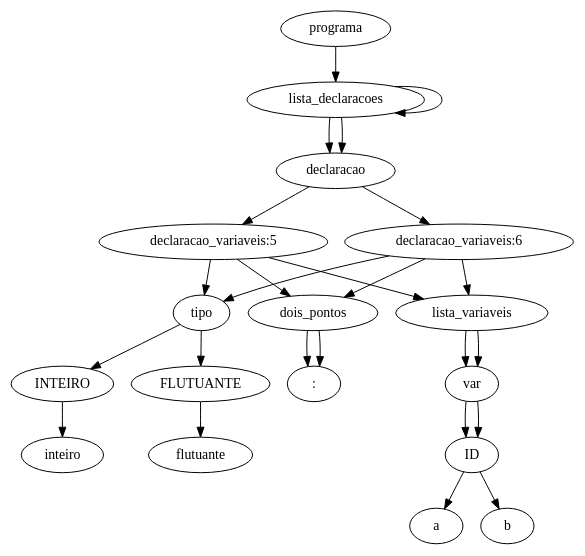
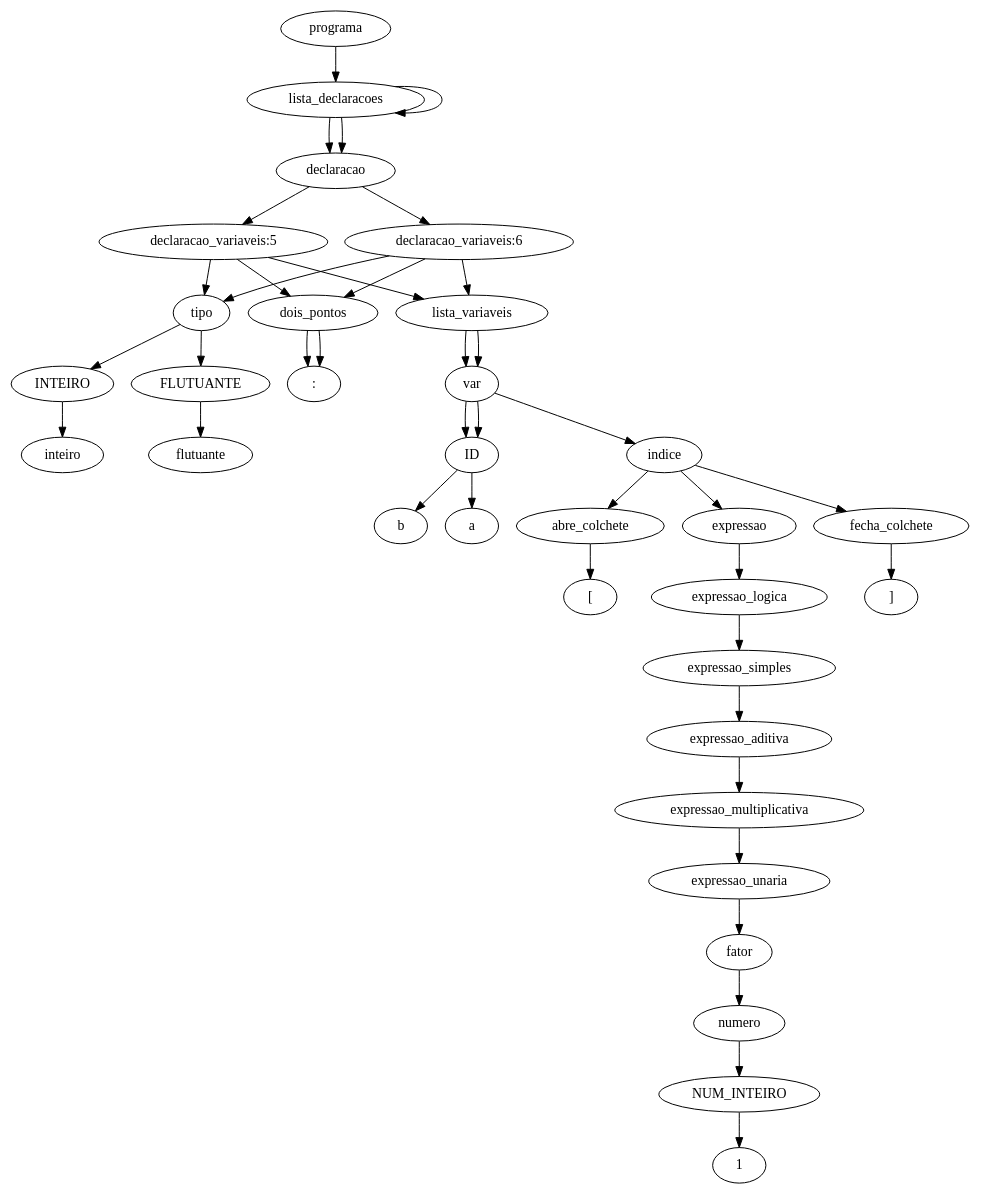
One commit to JuanFSR/Compiladores changed the diagram in 7.AnaliseSemantica/implementacao/semantica-testes/sema-001.tpp.ast.dot. Above: the diagram before and after it, drawn with Graphviz. The commit also changed 14 other files, not shown here.

```diff
--- a/7.AnaliseSemantica/implementacao/semantica-testes/sema-001.tpp.ast.dot
+++ b/7.AnaliseSemantica/implementacao/semantica-testes/sema-001.tpp.ast.dot
@@ -1,51 +1,81 @@
 digraph tree {
     "programa";
     "lista_declaracoes";
     "lista_declaracoes";
     "declaracao";
     "declaracao_variaveis:5";
     "tipo";
     "INTEIRO";
     "inteiro";
     "dois_pontos";
     ":";
     "lista_variaveis";
     "var";
     "ID";
     "a";
+    "indice";
+    "abre_colchete";
+    "[";
+    "expressao";
+    "expressao_logica";
+    "expressao_simples";
+    "expressao_aditiva";
+    "expressao_multiplicativa";
+    "expressao_unaria";
+    "fator";
+    "numero";
+    "NUM_INTEIRO";
+    "1";
+    "fecha_colchete";
+    "]";
     "declaracao";
     "declaracao_variaveis:6";
     "tipo";
     "FLUTUANTE";
     "flutuante";
     "dois_pontos";
     ":";
     "lista_variaveis";
     "var";
     "ID";
     "b";
     "programa" -> "lista_declaracoes";
     "lista_declaracoes" -> "lista_declaracoes";
     "lista_declaracoes" -> "declaracao";
     "lista_declaracoes" -> "declaracao";
     "declaracao" -> "declaracao_variaveis:5";
     "declaracao_variaveis:5" -> "tipo";
     "declaracao_variaveis:5" -> "dois_pontos";
     "declaracao_variaveis:5" -> "lista_variaveis";
     "tipo" -> "INTEIRO";
     "INTEIRO" -> "inteiro";
     "dois_pontos" -> ":";
     "lista_variaveis" -> "var";
     "var" -> "ID";
+    "var" -> "indice";
     "ID" -> "a";
+    "indice" -> "abre_colchete";
+    "indice" -> "expressao";
+    "indice" -> "fecha_colchete";
+    "abre_colchete" -> "[";
+    "expressao" -> "expressao_logica";
+    "expressao_logica" -> "expressao_simples";
+    "expressao_simples" -> "expressao_aditiva";
+    "expressao_aditiva" -> "expressao_multiplicativa";
+    "expressao_multiplicativa" -> "expressao_unaria";
+    "expressao_unaria" -> "fator";
+    "fator" -> "numero";
+    "numero" -> "NUM_INTEIRO";
+    "NUM_INTEIRO" -> "1";
+    "fecha_colchete" -> "]";
     "declaracao" -> "declaracao_variaveis:6";
     "declaracao_variaveis:6" -> "tipo";
     "declaracao_variaveis:6" -> "dois_pontos";
     "declaracao_variaveis:6" -> "lista_variaveis";
     "tipo" -> "FLUTUANTE";
     "FLUTUANTE" -> "flutuante";
     "dois_pontos" -> ":";
     "lista_variaveis" -> "var";
     "var" -> "ID";
     "ID" -> "b";
 }
```
